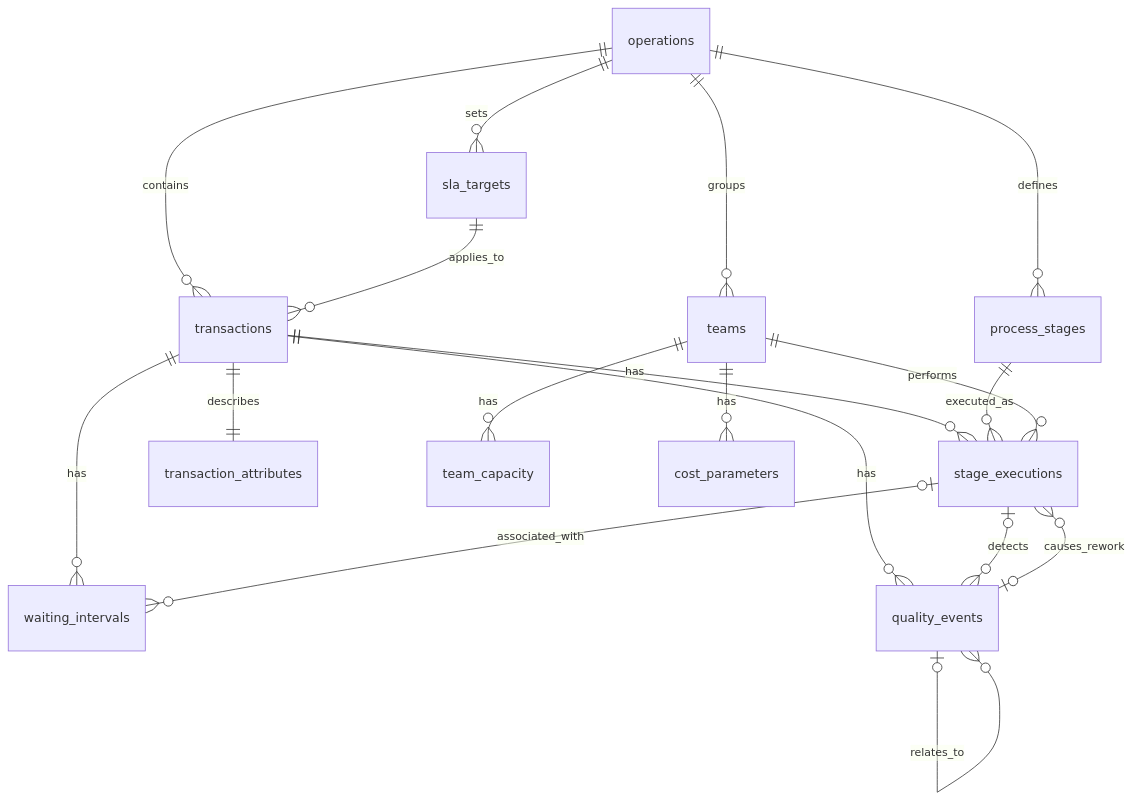
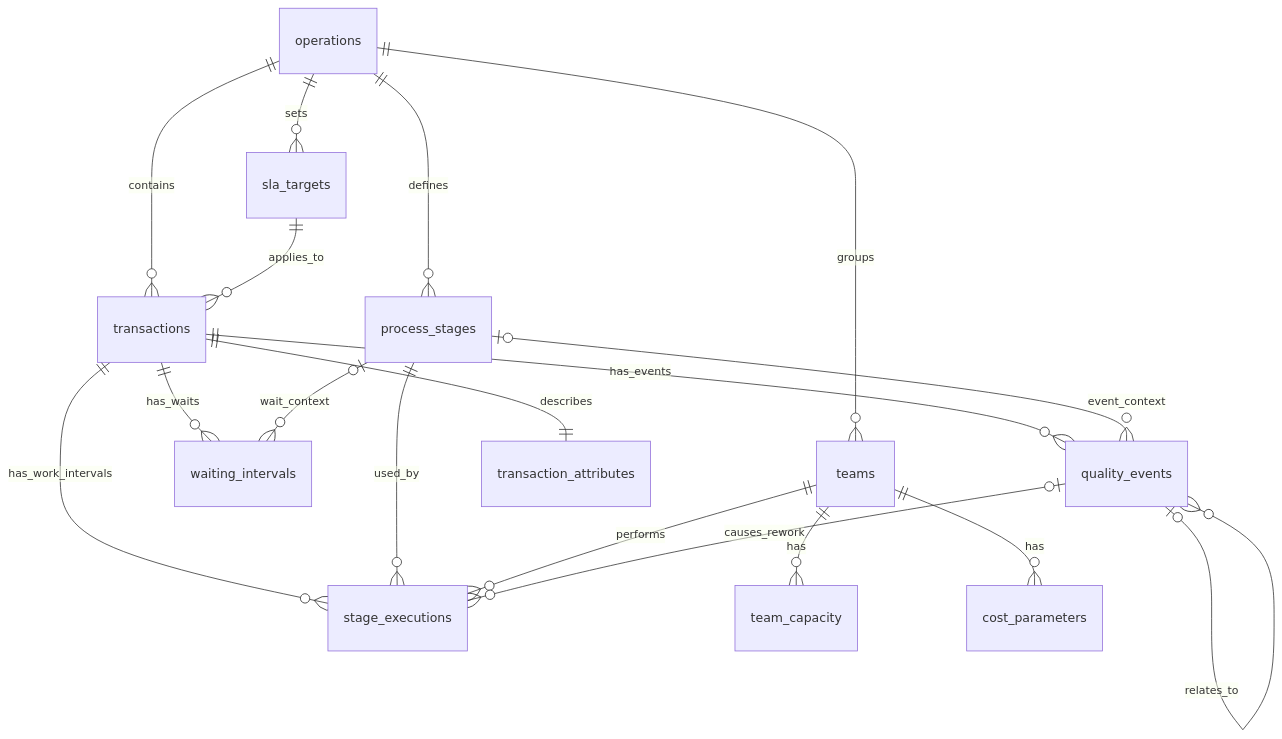
Before and after one commit to kadirimeci/banking-operations-process-intelligence: the first of 2 diagrams in data_model.md, drawn with Mermaid. The commit also changed other lines of this file, not shown here.

````diff
--- a/data_model.md
+++ b/data_model.md
@@ -40,20 +44,20 @@
 ```mermaid
 erDiagram
     operations ||--o{ transactions : contains
     operations ||--o{ process_stages : defines
     operations ||--o{ sla_targets : sets
     operations ||--o{ teams : groups
     sla_targets ||--o{ transactions : applies_to
-    transactions ||--o{ stage_executions : has
-    transactions ||--o{ waiting_intervals : has
-    transactions ||--o{ quality_events : has
+    transactions ||--o{ stage_executions : has_work_intervals
+    transactions ||--o{ waiting_intervals : has_waits
+    transactions ||--o{ quality_events : has_events
     transactions ||--|| transaction_attributes : describes
-    process_stages ||--o{ stage_executions : executed_as
+    process_stages ||--o{ stage_executions : used_by
+    process_stages |o--o{ waiting_intervals : wait_context
+    process_stages |o--o{ quality_events : event_context
     teams ||--o{ stage_executions : performs
     teams ||--o{ team_capacity : has
     teams ||--o{ cost_parameters : has
-    stage_executions |o--o{ waiting_intervals : associated_with
-    stage_executions |o--o{ quality_events : detects
     quality_events |o--o{ stage_executions : causes_rework
     quality_events |o--o{ quality_events : relates_to
 ```
````
